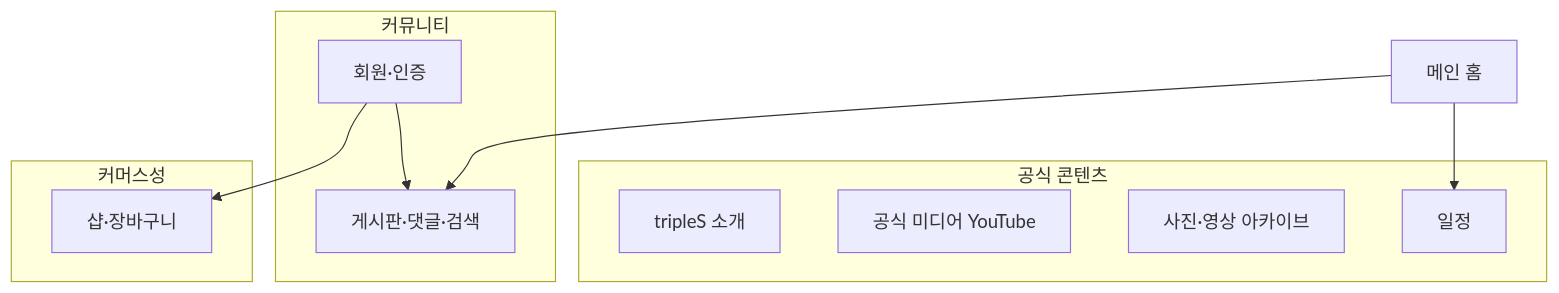
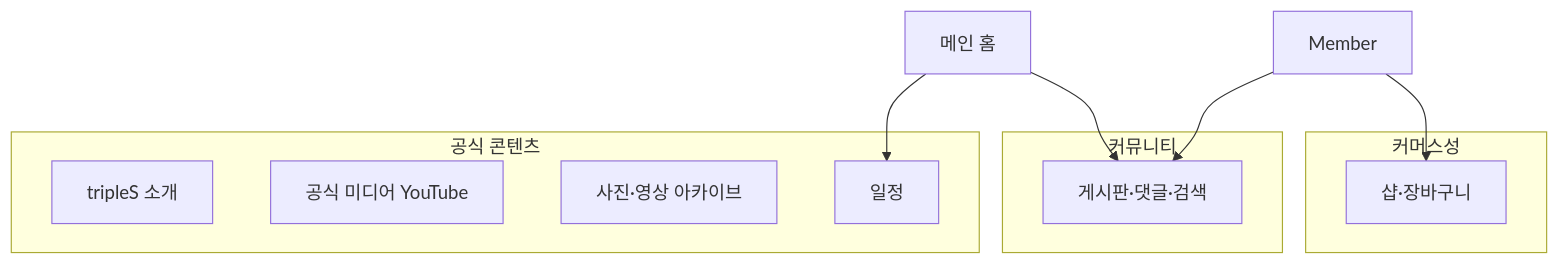
One commit to TriplesWeb/triplesweb changed the first of 15 diagrams in docs/DOMAINS.md. Above: the diagram before and after it, drawn with Mermaid. The commit also changed other lines of this file and 17 other files, not shown here.

````diff
--- a/docs/DOMAINS.md
+++ b/docs/DOMAINS.md
@@ -10,20 +10,19 @@
 ```mermaid
 flowchart TB
   subgraph community [커뮤니티]
-    Member[회원·인증]
     Board[게시판·댓글·검색]
   end
   subgraph content [공식 콘텐츠]
     Triples[tripleS 소개]
     Media[공식 미디어 YouTube]
     Archive[사진·영상 아카이브]
     Schedule[일정]
   end
   subgraph commerce [커머스성]
     Shop[샵·장바구니]
   end
   Main[메인 홈] --> Board
   Main --> Schedule
   Member --> Board
   Member --> Shop
 ```
````
